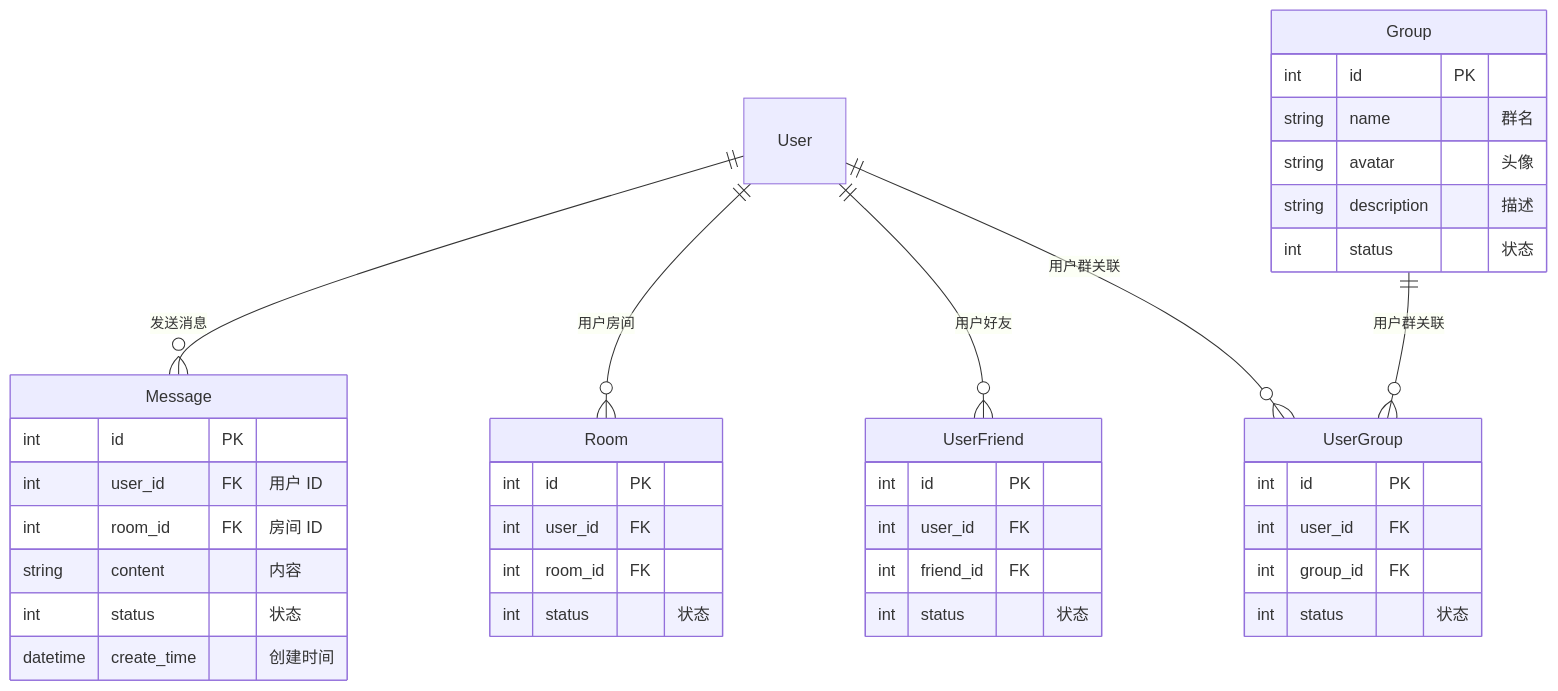
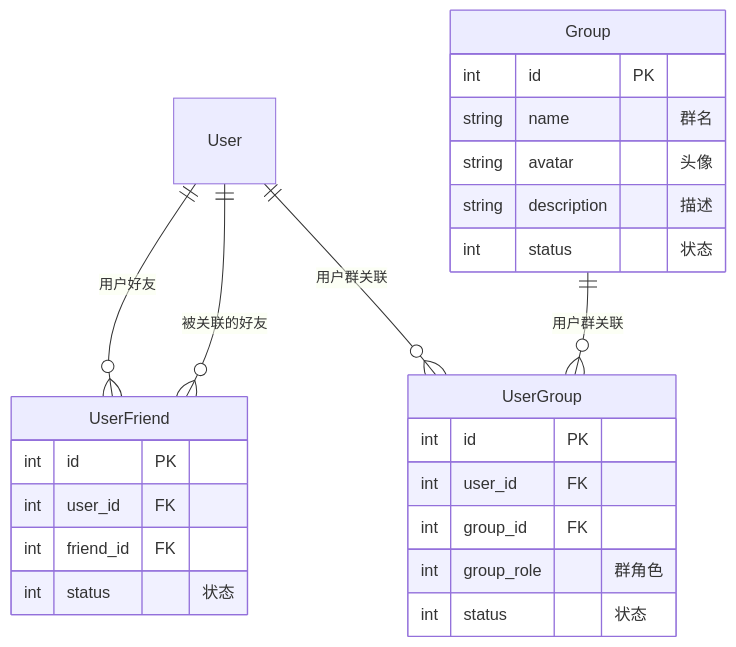
Before and after one commit to summer-like-coding/chat-system: the second of 4 diagrams in docs/2.model.md, drawn with Mermaid. The commit also changed other lines of this file and 14 other files, not shown here.

````diff
--- a/docs/2.model.md
+++ b/docs/2.model.md
@@ -49,46 +49,30 @@
 ```mermaid
 erDiagram
-User ||--o{ Message : "发送消息"
-User ||--o{ Room: "用户房间"
 User ||--o{ UserFriend : "用户好友"
+User ||--o{ UserFriend : "被关联的好友"
 User ||--o{ UserGroup : "用户群关联"
 Group ||--o{ UserGroup : "用户群关联"
-
-Message {
-  int id PK
-  int user_id FK "用户 ID"
-  int room_id FK "房间 ID"
-  string content "内容"
-  int status "状态"
-  datetime create_time "创建时间"
-}
 
 Group {
   int id PK
   string name "群名"
   string avatar "头像"
   string description "描述"
   int status "状态"
 }
 
 UserGroup {
   int id PK
   int user_id FK
   int group_id FK
-  int status "状态"
-}
-
-Room {
-  int id PK
-  int user_id FK
-  int room_id FK
+  int group_role "群角色"
   int status "状态"
 }
 
 UserFriend {
   int id PK
   int user_id FK
   int friend_id FK
   int status "状态"
 }
 ```
````
